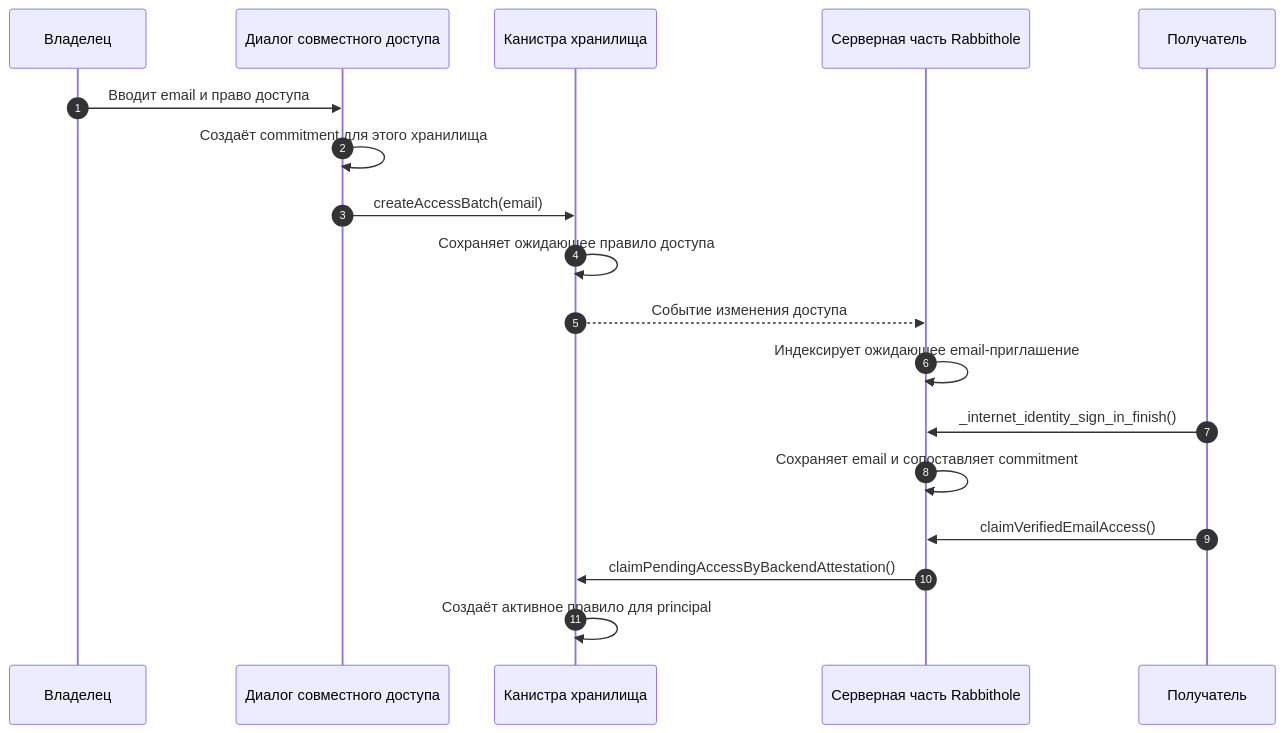
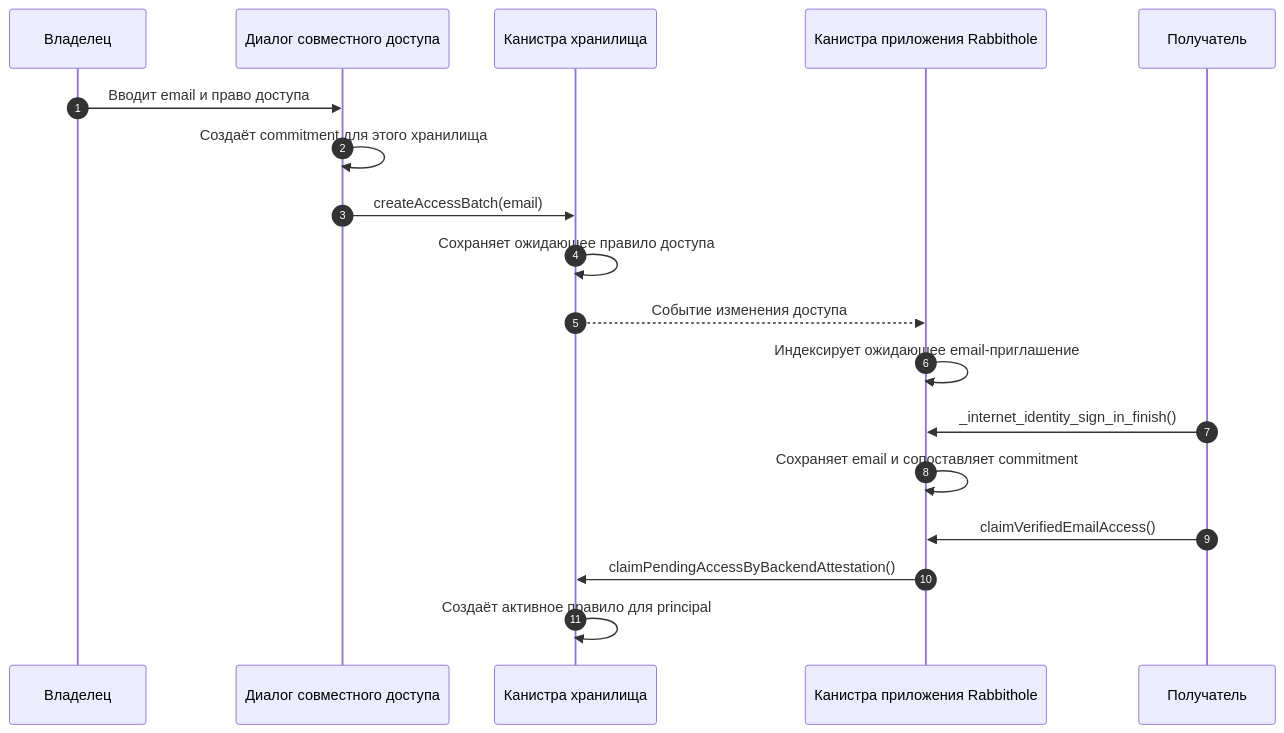
The second of 2 diagrams in apps/docs/src/ru/how-it-works/sharing/email-invites.mdx (rabbithole-app/v2), drawn with Mermaid before and after one commit. The commit also changed other lines of this file and 35 other files, not shown here.

````diff
--- a/apps/docs/src/ru/how-it-works/sharing/email-invites.mdx
+++ b/apps/docs/src/ru/how-it-works/sharing/email-invites.mdx
@@ -99,21 +99,21 @@
 ```mermaid
 sequenceDiagram
     autonumber
     participant O as Владелец
     participant UI as Диалог совместного доступа
     participant S as Канистра хранилища
-    participant API as Серверная часть Rabbithole
+    participant API as Канистра приложения Rabbithole
     participant R as Получатель
 
     O->>UI: Вводит email и право доступа
     UI->>UI: Создаёт commitment для этого хранилища
     UI->>S: createAccessBatch(email)
     S->>S: Сохраняет ожидающее правило доступа
     S-->>API: Событие изменения доступа
     API->>API: Индексирует ожидающее email-приглашение
     R->>API: _internet_identity_sign_in_finish()
     API->>API: Сохраняет email и сопоставляет commitment
     R->>API: claimVerifiedEmailAccess()
     API->>S: claimPendingAccessByBackendAttestation()
     S->>S: Создаёт активное правило для principal
 ```
````
